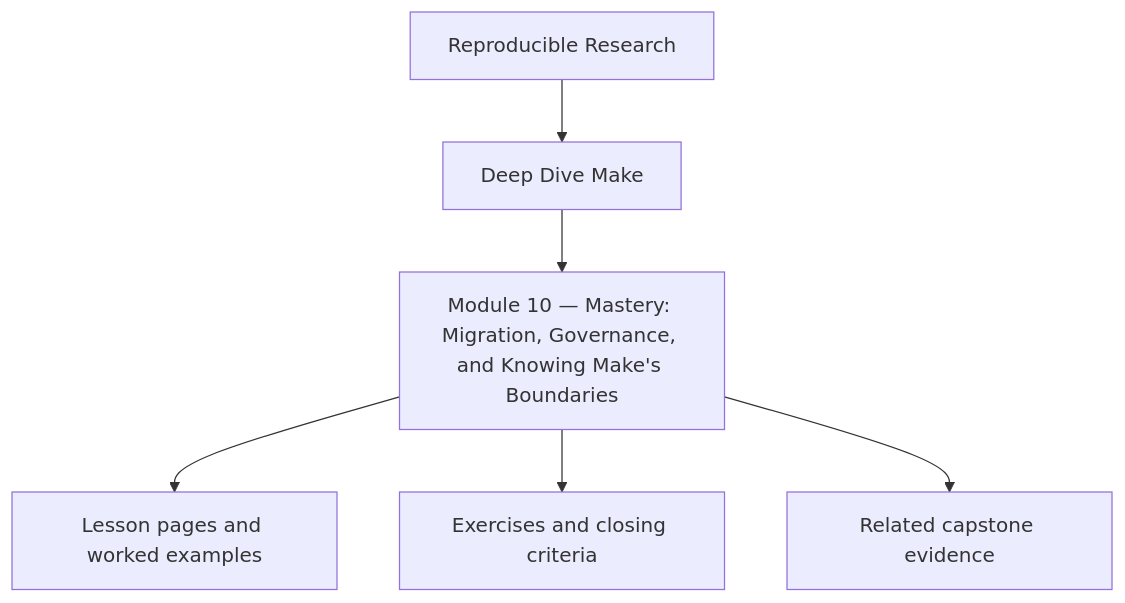
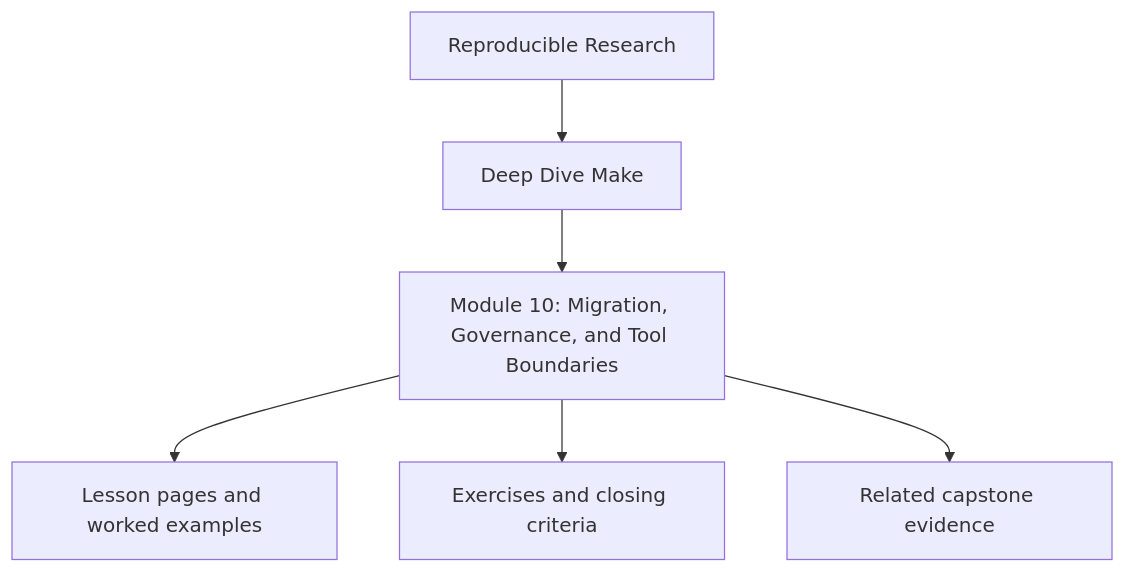
Before and after one commit to bijux/bijux-masterclass: the first of 2 diagrams in programs/reproducible-research/deep-dive-make/course-book/module-10-migration-governance-and-make-boundaries/index.md, drawn with Mermaid. The commit also changed other lines of this file and 241 other files, not shown here.

````diff
--- a/programs/reproducible-research/deep-dive-make/course-book/module-10-migration-governance-and-make-boundaries/index.md
+++ b/programs/reproducible-research/deep-dive-make/course-book/module-10-migration-governance-and-make-boundaries/index.md
@@ -9,8 +9,8 @@
 ```mermaid
 flowchart TD
   family["Reproducible Research"] --> program["Deep Dive Make"]
-  program --> module["Module 10 — Mastery: Migration, Governance, and Knowing Make's Boundaries"]
+  program --> module["Module 10: Migration, Governance, and Tool Boundaries"]
   module --> lessons["Lesson pages and worked examples"]
   module --> checkpoints["Exercises and closing criteria"]
   module --> capstone["Related capstone evidence"]
 ```
````
